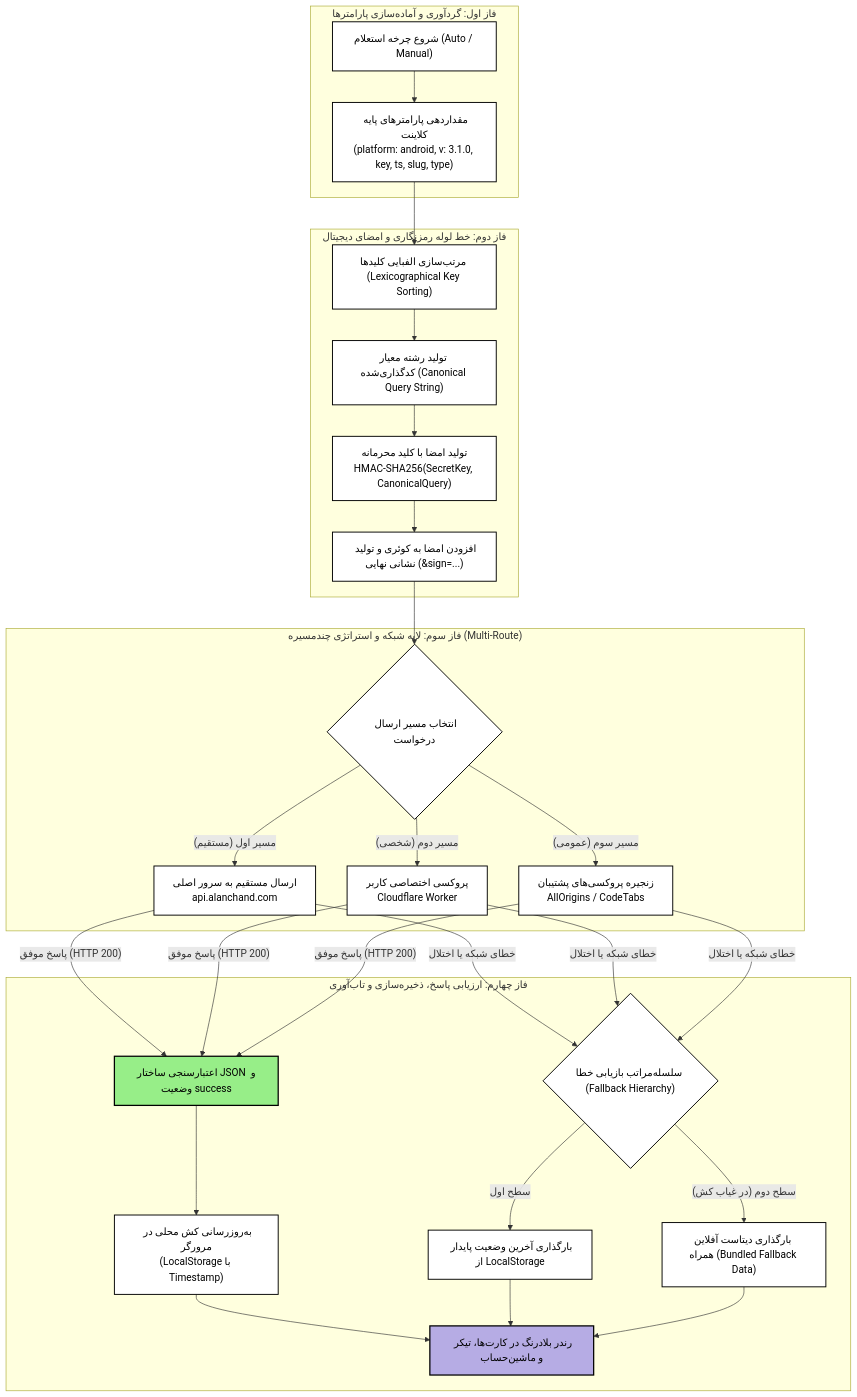
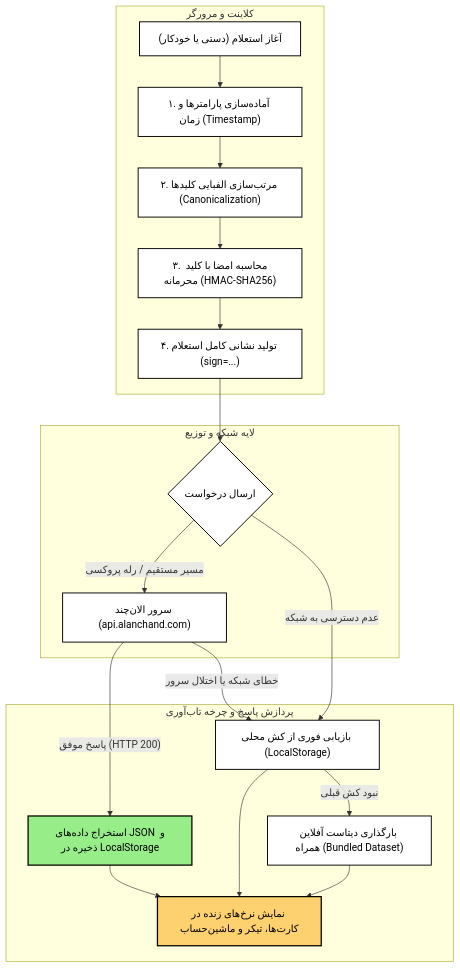
Before and after one commit to ramin-mahmoodi/chandchandi: the diagram in README.md, drawn with Mermaid. The commit also changed other lines of this file, not shown here.

Commit message:
docs: simplify architecture section, remove ASCII diagram, and bust preview cache

````diff
--- a/README.md
+++ b/README.md
@@ -92,45 +110,32 @@
 ```mermaid
 flowchart TD
-    subgraph Phase1 ["فاز اول: گردآوری و آماده‌سازی پارامترها"]
-        A["شروع چرخه استعلام (Auto / Manual)"] --> B["مقداردهی پارامترهای پایه کلاینت\n(platform: android, v: 3.1.0, key, ts, slug, type)"]
+    subgraph Client ["کلاینت و مرورگر"]
+        A["آغاز استعلام (دستی یا خودکار)"] --> B["۱. آماده‌سازی پارامترها و زمان (Timestamp)"]
+        B --> C["۲. مرتب‌سازی الفبایی کلیدها (Canonicalization)"]
+        C --> D["۳. محاسبه امضا با کلید محرمانه (HMAC-SHA256)"]
+        D --> E["۴. تولید نشانی کامل استعلام (sign=...)"]
     end
 
-    subgraph Phase2 ["فاز دوم: خط لوله رمزنگاری و امضای دیجیتال"]
-        B --> C["مرتب‌سازی الفبایی کلیدها (Lexicographical Key Sorting)"]
-        C --> D["تولید رشته معیار کدگذاری‌شده (Canonical Query String)"]
-        D --> E["تولید امضا با کلید محرمانه\nHMAC-SHA256(SecretKey, CanonicalQuery)"]
-        E --> F["افزودن امضا به کوئری و تولید نشانی نهایی (&sign=...)"]
+    subgraph Network ["لایه شبکه و توزیع"]
+        E --> F{"ارسال درخواست"}
+        F -->|"مسیر مستقیم / رله پروکسی"| G["سرور الان‌چند (api.alanchand.com)"]
     end
 
-    subgraph Phase3 ["فاز سوم: لایه شبکه و استراتژی چندمسیره (Multi-Route)"]
-        F --> G{"انتخاب مسیر ارسال درخواست"}
-        G -->|"مسیر اول (مستقیم)"| H["ارسال مستقیم به سرور اصلی\napi.alanchand.com"]
-        G -->|"مسیر دوم (شخصی)"| I["پروکسی اختصاصی کاربر\nCloudflare Worker"]
-        G -->|"مسیر سوم (عمومی)"| J["زنجیره پروکسی‌های پشتیبان\nAllOrigins / CodeTabs"]
-    end
-
-    subgraph Phase4 ["فاز چهارم: ارزیابی پاسخ، ذخیره‌سازی و تاب‌آوری"]
-        H -->|"پاسخ موفق (HTTP 200)"| K["اعتبارسنجی ساختار JSON و وضعیت success"]
-        I -->|"پاسخ موفق (HTTP 200)"| K
-        J -->|"پاسخ موفق (HTTP 200)"| K
+    subgraph Resilience ["پردازش پاسخ و چرخه تاب‌آوری"]
+        G -->|"پاسخ موفق (HTTP 200)"| H["استخراج داده‌های JSON و ذخیره در LocalStorage"]
+        G -->|"خطای شبکه یا اختلال سرور"| I["بازیابی فوری از کش محلی (LocalStorage)"]
+        F -->|"عدم دسترسی به شبکه"| I
         
-        K --> L["به‌روزرسانی کش محلی در مرورگر\n(LocalStorage با Timestamp)"]
-        L --> M["رندر بلادرنگ در کارت‌ها، تیکر و ماشین‌حساب"]
+        I -->|"نبود کش قبلی"| J["بارگذاری دیتاست آفلاین همراه (Bundled Dataset)"]
         
-        H -->|"خطای شبکه یا اختلال"| N{"سلسله‌مراتب بازیابی خطا (Fallback Hierarchy)"}
-        I -->|"خطای شبکه یا اختلال"| N
-        J -->|"خطای شبکه یا اختلال"| N
-        
-        N -->|"سطح اول"| O["بارگذاری آخرین وضعیت پایدار از LocalStorage"]
-        N -->|"سطح دوم (در غیاب کش)"| P["بارگذاری دیتاست آفلاین همراه (Bundled Fallback Data)"]
-        
-        O --> M
-        P --> M
+        H --> K["نمایش نرخ‌های زنده در کارت‌ها، تیکر و ماشین‌حساب"]
+        I --> K
+        J --> K
     end
 
     classDef default fill:#ffffff,stroke:#000000,stroke-width:1.5px,color:#000000;
-    classDef highlight fill:#b6ace4,stroke:#000000,stroke-width:2px,color:#000000;
+    classDef highlight fill:#fed170,stroke:#000000,stroke-width:2px,color:#000000;
     classDef success fill:#97ee88,stroke:#000000,stroke-width:2px,color:#000000;
-    class M highlight;
-    class K success;
+    class K highlight;
+    class H success;
 ```
````
